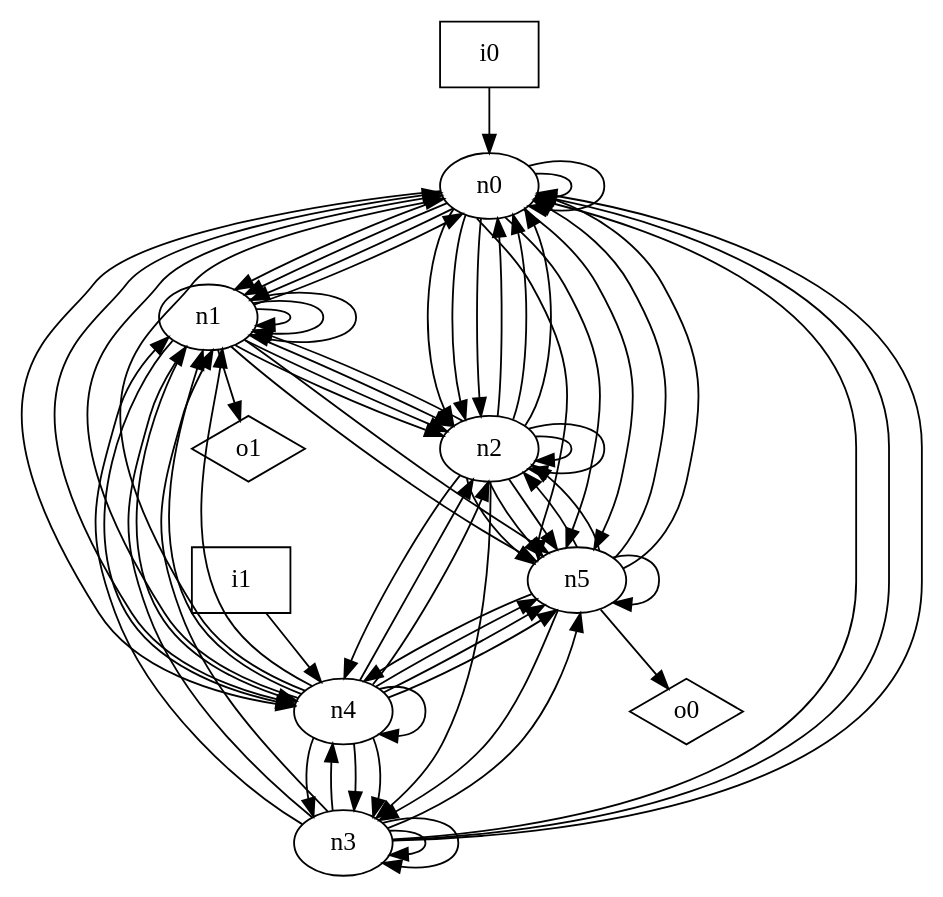
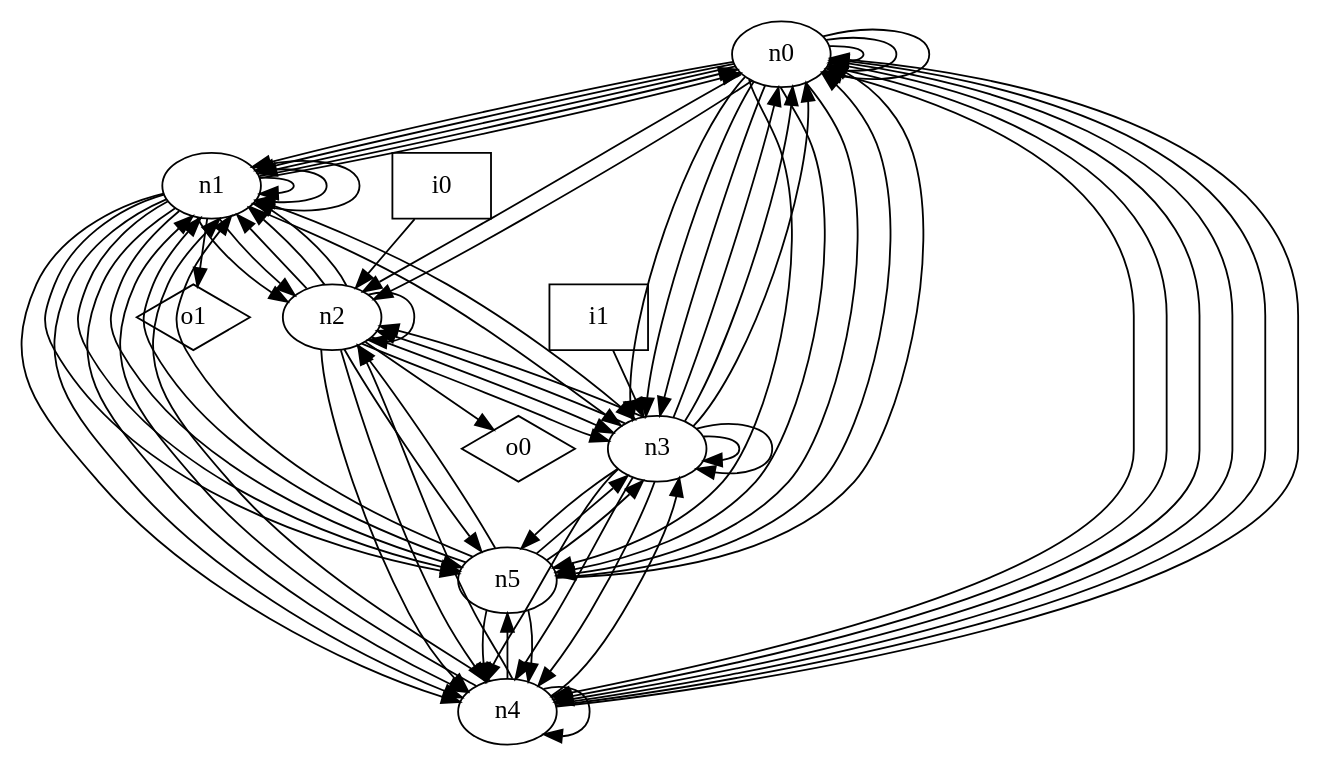
The diagram in dot_files/random/random_graph.dot (p9romain/bool-circuits), drawn with Graphviz before and after one commit. The commit also changed 29 other files, not shown here.

```diff
--- a/dot_files/random/random_graph.dot
+++ b/dot_files/random/random_graph.dot
@@ -1,81 +1,86 @@
 digraph G {
 n0 [label="n0"];
 n1 [label="n1"];
 n2 [label="n2"];
 n3 [label="n3"];
 n4 [label="n4"];
 n5 [label="n5"];
 n6 [label="i0",shape="box"];
 n7 [label="i1",shape="box"];
 n8 [label="o0",shape="diamond"];
 n9 [label="o1",shape="diamond"];
 n0 -> n0
 n0 -> n0
+n0 -> n0
 n0 -> n1
 n0 -> n1
 n0 -> n1
 n0 -> n2
 n0 -> n2
-n0 -> n2
+n0 -> n3
+n0 -> n3
+n0 -> n3
+n0 -> n4
+n0 -> n4
 n0 -> n4
 n0 -> n5
 n0 -> n5
 n0 -> n5
+n1 -> n0
 n1 -> n0
 n1 -> n1
 n1 -> n1
 n1 -> n1
 n1 -> n2
 n1 -> n2
-n1 -> n2
+n1 -> n3
+n1 -> n3
+n1 -> n4
 n1 -> n4
 n1 -> n4
 n1 -> n5
 n1 -> n5
+n1 -> n5
 n1 -> n9
-n2 -> n0
-n2 -> n0
-n2 -> n0
+n2 -> n1
+n2 -> n1
 n2 -> n1
 n2 -> n2
-n2 -> n2
+n2 -> n3
 n2 -> n3
 n2 -> n4
+n2 -> n4
 n2 -> n5
-n2 -> n5
-n2 -> n5
+n2 -> n8
 n3 -> n0
 n3 -> n0
 n3 -> n0
-n3 -> n1
-n3 -> n1
-n3 -> n1
+n3 -> n2
+n3 -> n2
 n3 -> n3
 n3 -> n3
+n3 -> n4
+n3 -> n4
 n3 -> n4
 n3 -> n5
 n4 -> n0
 n4 -> n0
 n4 -> n0
 n4 -> n1
 n4 -> n1
 n4 -> n2
-n4 -> n2
-n4 -> n3
-n4 -> n3
 n4 -> n3
 n4 -> n4
 n4 -> n5
-n4 -> n5
-n4 -> n5
 n5 -> n0
 n5 -> n0
-n5 -> n2
+n5 -> n1
+n5 -> n1
 n5 -> n2
 n5 -> n3
+n5 -> n3
 n5 -> n4
-n5 -> n5
-n5 -> n8
-n6 -> n0
-n7 -> n4
+n5 -> n4
+n6 -> n2
+n7 -> n3
 }
```
